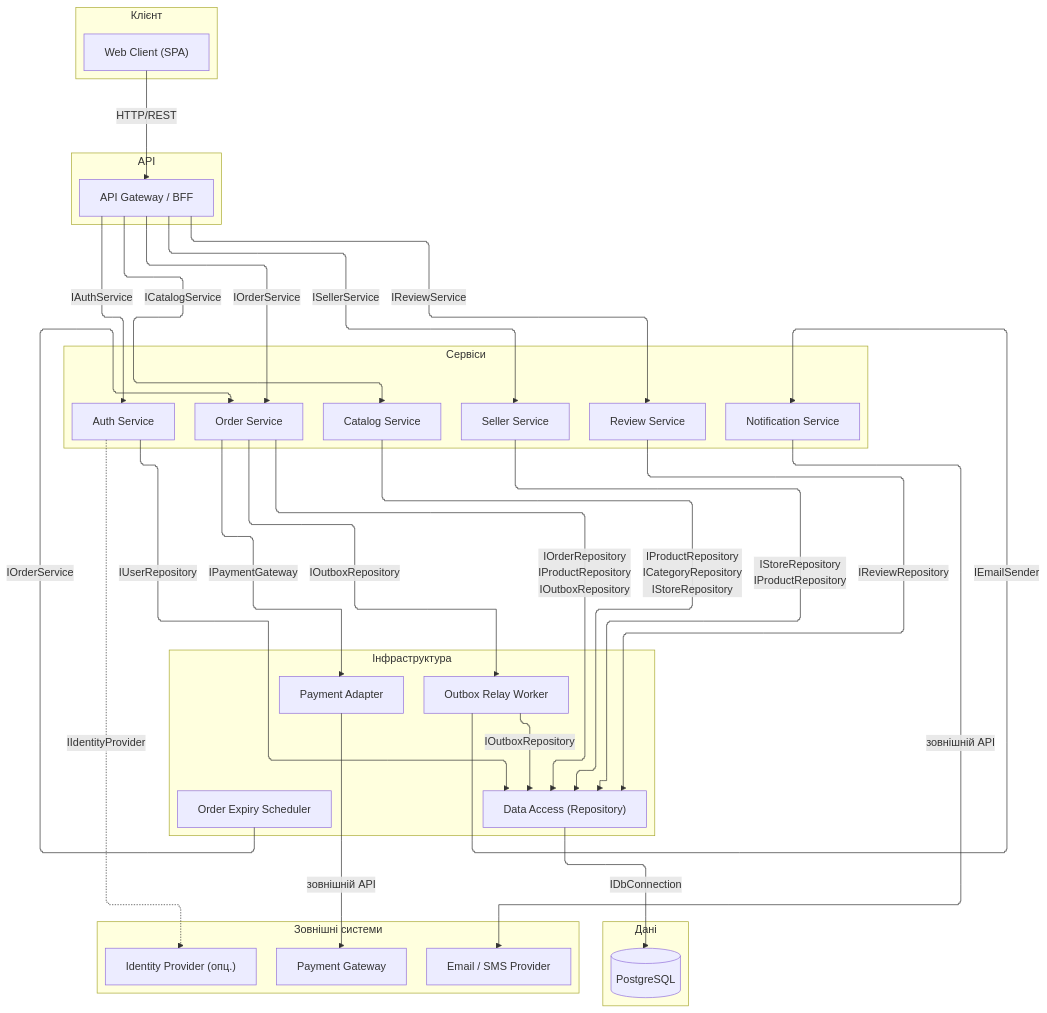
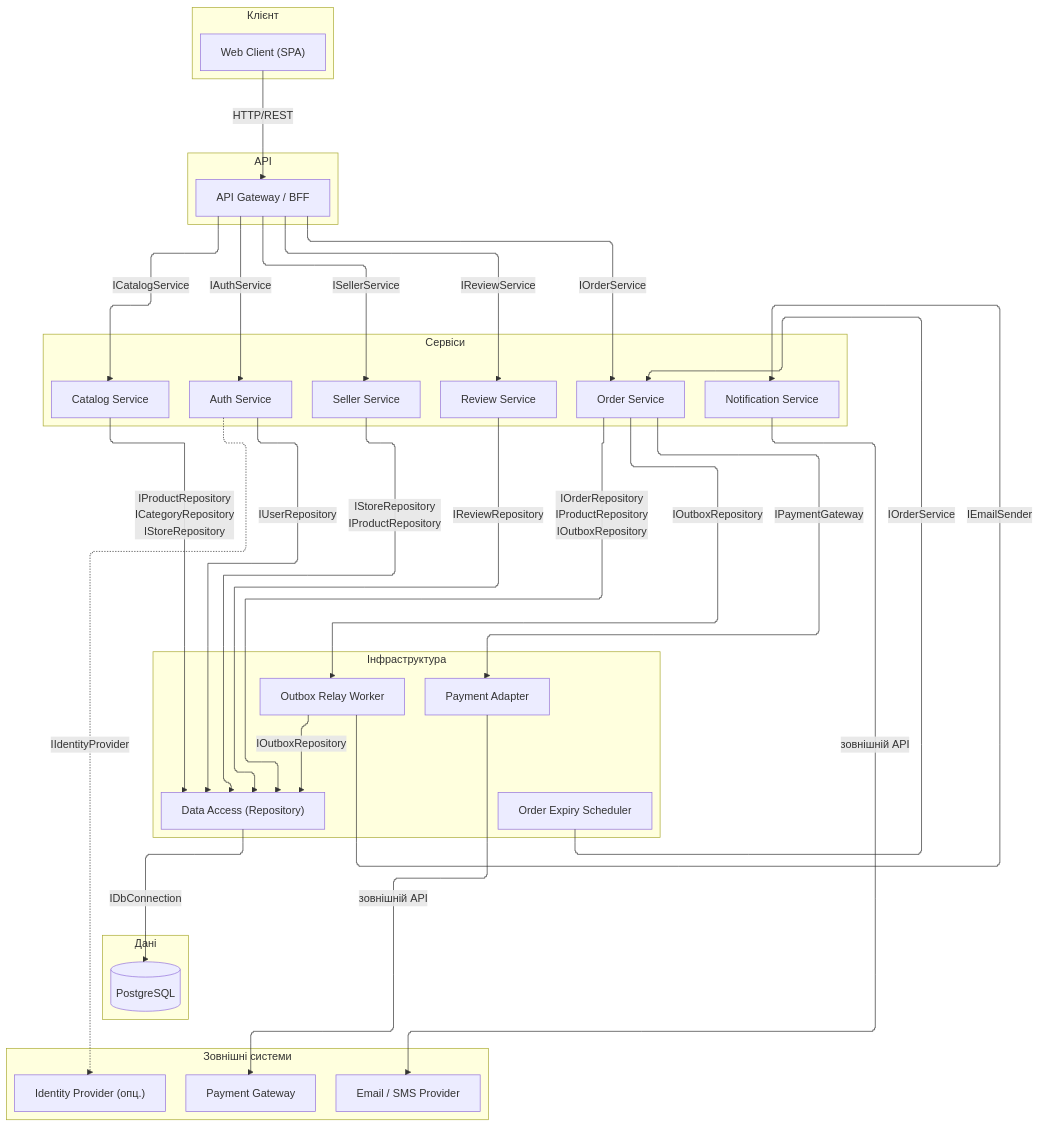
The diagram in task-5/component.md (Stefect/Modeling-and-Analysis-of-Software-Requirements), drawn with Mermaid before and after one commit. The commit also changed other lines of this file, not shown here.

Commit message:
refactor: невидимі зв'язки ~~~ для вирівнювання шарів, elk step

````diff
--- a/task-5/component.md
+++ b/task-5/component.md
@@ -9,78 +9,81 @@
 ```mermaid
 %%{init: {"flowchart": {"defaultRenderer": "elk", "curve": "step", "nodeSpacing": 40, "rankSpacing": 60}}}%%
 flowchart TB
-    %% --- Клієнт ---
+    %% --- Шари (Оголошення блоків) ---
     subgraph Client["Клієнт"]
         WebClient["Web Client (SPA)"]
     end
 
-    %% --- API ---
     subgraph API["API"]
         Gateway["API Gateway / BFF"]
     end
 
-    %% --- Прикладні сервіси ---
     subgraph Services["Сервіси"]
         AuthService["Auth Service"]
         CatalogService["Catalog Service"]
         SellerService["Seller Service"]
         OrderService["Order Service"]
         ReviewService["Review Service"]
         NotificationService["Notification Service"]
     end
 
-    %% --- Інфраструктура ---
     subgraph Infra["Інфраструктура"]
+        DataAccess["Data Access (Repository)"]
         PaymentAdapter["Payment Adapter"]
         OutboxRelay["Outbox Relay Worker"]
         ExpiryScheduler["Order Expiry Scheduler"]
-        DataAccess["Data Access (Repository)"]
     end
 
-    %% --- Дані ---
     subgraph Data["Дані"]
         Database[("PostgreSQL")]
     end
 
-    %% --- Зовнішні системи ---
     subgraph External["Зовнішні системи"]
         IdentityProvider["Identity Provider (опц.)"]
         PaymentGateway["Payment Gateway"]
         EmailProvider["Email / SMS Provider"]
     end
+
+    %% --- ПРИМУСОВЕ ВИРІВНЮВАННЯ ШАРІВ (Невидимі стрілки) ---
+    %% Це змусить Mermaid поставити їх строго один під одним
+    Client ~~~ API
+    API ~~~ Services
+    Services ~~~ Infra
+    Infra ~~~ Data
+    Data ~~~ External
 
     %% --- Зв'язки Клієнт -> API ---
     WebClient -->|HTTP/REST| Gateway
 
     %% --- Зв'язки API -> Сервіси ---
     Gateway -->|IAuthService| AuthService
     Gateway -->|ICatalogService| CatalogService
     Gateway -->|IOrderService| OrderService
     Gateway -->|ISellerService| SellerService
     Gateway -->|IReviewService| ReviewService
 
     %% --- Зв'язки Сервісів ---
+    AuthService -.->|IIdentityProvider| IdentityProvider
     AuthService -->|IUserRepository| DataAccess
-    AuthService -.->|IIdentityProvider| IdentityProvider
 
     CatalogService -->|IProductRepository<br>ICategoryRepository<br>IStoreRepository| DataAccess
     SellerService -->|IStoreRepository<br>IProductRepository| DataAccess
 
     OrderService -->|IOrderRepository<br>IProductRepository<br>IOutboxRepository| DataAccess
     OrderService -->|IPaymentGateway| PaymentAdapter
     OrderService -->|IOutboxRepository| OutboxRelay
 
     ReviewService -->|IReviewRepository| DataAccess
 
     %% --- Зв'язки Інфраструктури ---
     OutboxRelay -->|IOutboxRepository| DataAccess
     OutboxRelay -->|IEmailSender| NotificationService
 
     ExpiryScheduler -->|IOrderService| OrderService
 
     PaymentAdapter -->|зовнішній API| PaymentGateway
     NotificationService -->|зовнішній API| EmailProvider
 
     %% --- БД ---
     DataAccess -->|IDbConnection| Database
 ```
````
